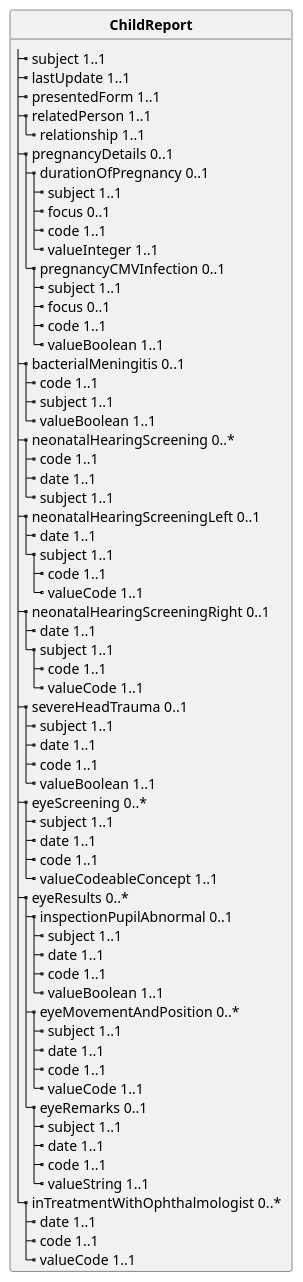
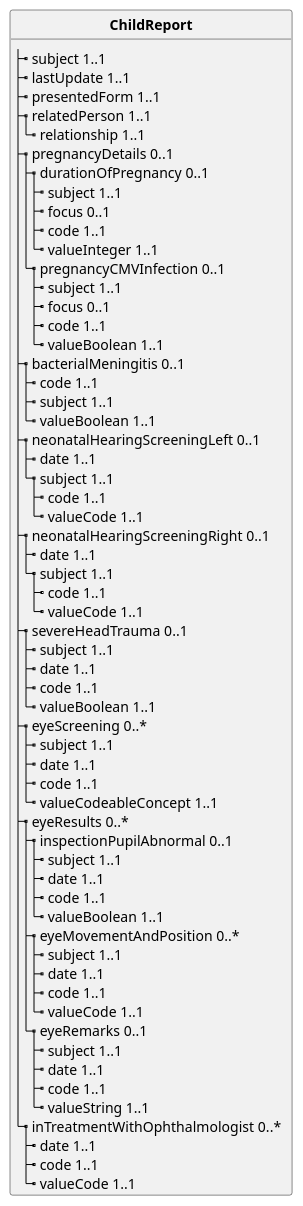
The diagram in input/images-source/childrecordmodel.plantuml (hl7-be/childrecord), drawn with PlantUML before and after one commit. The commit also changed 1 other file, not shown here.

```diff
--- a/input/images-source/childrecordmodel.plantuml
+++ b/input/images-source/childrecordmodel.plantuml
@@ -1,72 +1,68 @@
 @startuml
 skinparam linetype polyline
 hide circle
 hide stereotype
 
 class "**ChildReport**" as ChildReport {
   |_ subject 1..1   
   |_ lastUpdate 1..1   
   |_ presentedForm 1..1   
   |_ relatedPerson 1..1   
     |_ relationship 1..1   
   |_ pregnancyDetails 0..1   
     |_ durationOfPregnancy 0..1   
       |_ subject 1..1   
       |_ focus 0..1   
       |_ code 1..1   
       |_ valueInteger 1..1   
     |_ pregnancyCMVInfection 0..1   
       |_ subject 1..1   
       |_ focus 0..1   
       |_ code 1..1   
       |_ valueBoolean 1..1   
   |_ bacterialMeningitis 0..1   
     |_ code 1..1   
     |_ subject 1..1   
     |_ valueBoolean 1..1   
-  |_ neonatalHearingScreening 0..*   
-    |_ code 1..1   
-    |_ date 1..1   
-    |_ subject 1..1   
   |_ neonatalHearingScreeningLeft 0..1   
     |_ date 1..1   
     |_ subject 1..1   
       |_ code 1..1   
       |_ valueCode 1..1   
   |_ neonatalHearingScreeningRight 0..1   
     |_ date 1..1   
     |_ subject 1..1   
       |_ code 1..1   
       |_ valueCode 1..1   
   |_ severeHeadTrauma 0..1   
     |_ subject 1..1   
     |_ date 1..1   
     |_ code 1..1   
     |_ valueBoolean 1..1   
   |_ eyeScreening 0..*   
     |_ subject 1..1   
     |_ date 1..1   
     |_ code 1..1   
     |_ valueCodeableConcept 1..1   
   |_ eyeResults 0..*   
     |_ inspectionPupilAbnormal 0..1   
       |_ subject 1..1   
       |_ date 1..1   
       |_ code 1..1   
       |_ valueBoolean 1..1   
     |_ eyeMovementAndPosition 0..*   
       |_ subject 1..1   
       |_ date 1..1   
       |_ code 1..1   
       |_ valueCode 1..1   
     |_ eyeRemarks 0..1   
       |_ subject 1..1   
       |_ date 1..1   
       |_ code 1..1   
       |_ valueString 1..1   
   |_ inTreatmentWithOphthalmologist 0..*   
     |_ date 1..1   
     |_ code 1..1   
     |_ valueCode 1..1   
 }
 @enduml
```
